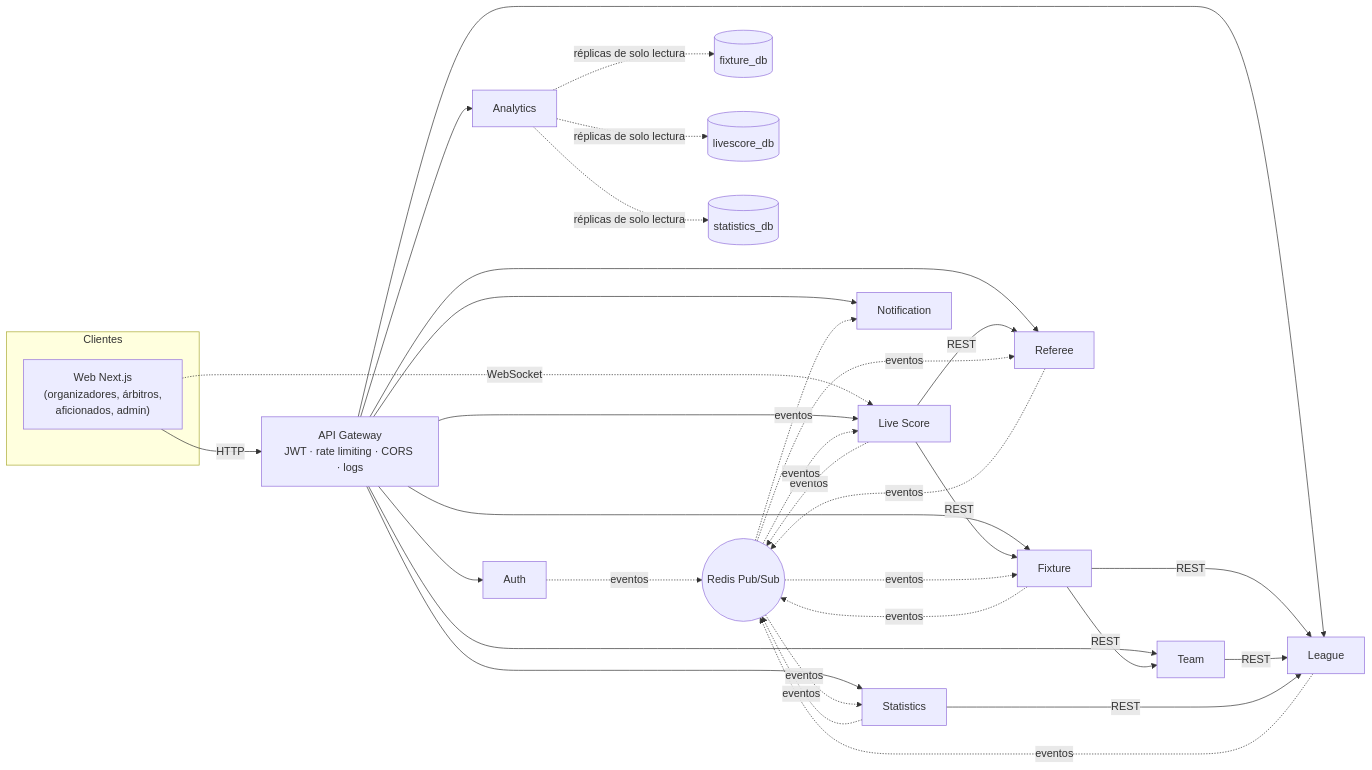
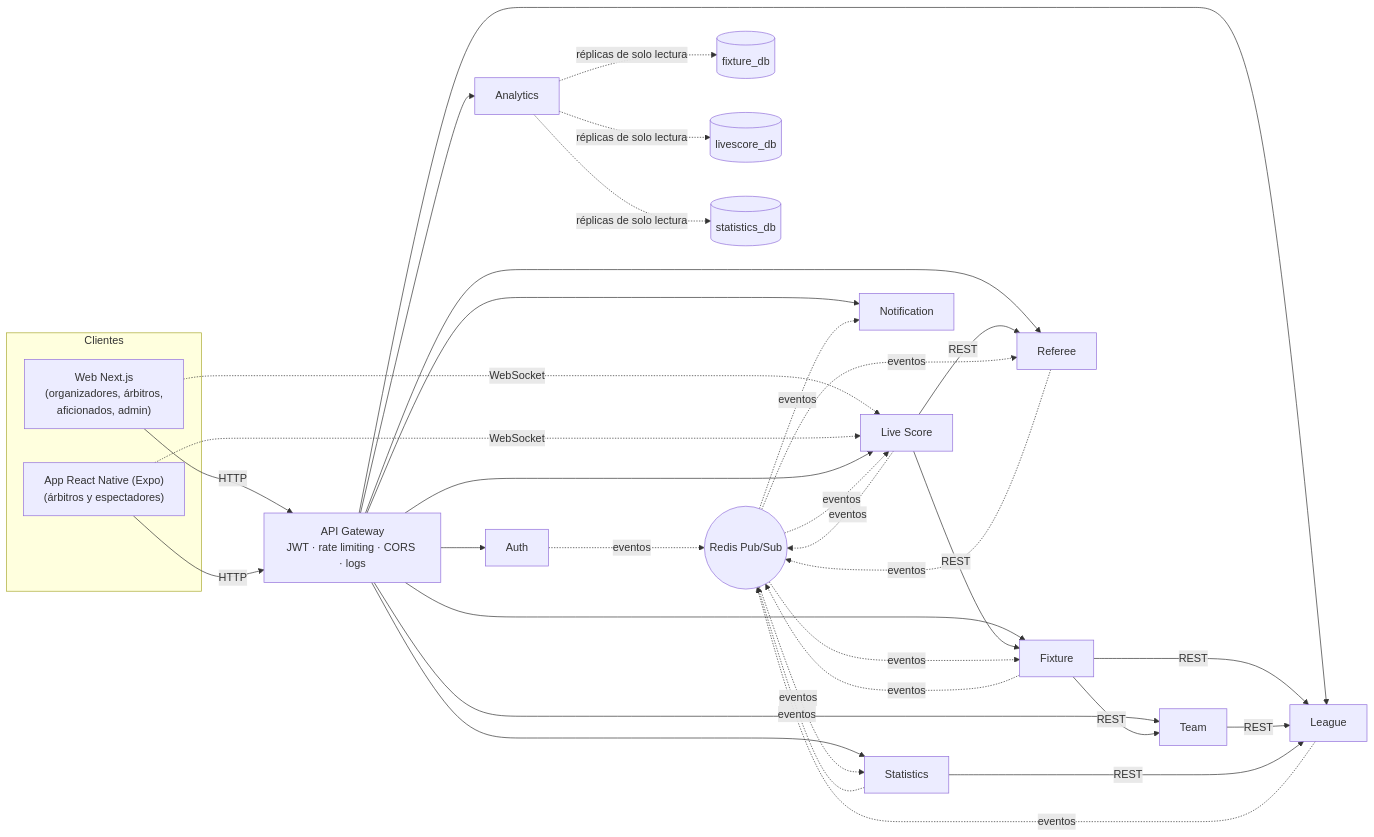
Before and after one commit to javierlydiaz21-bit/sportsleague: the first of 2 diagrams in README.md, drawn with Mermaid. The commit also changed other lines of this file and 1 other file, not shown here.

First line of the commit message:
README y CLAUDE.md: documento de arquitectura, correo, app móvil y repos

````diff
--- a/README.md
+++ b/README.md
@@ -115,31 +131,34 @@
 ```mermaid
 flowchart LR
   subgraph Clientes
     WEB["Web Next.js<br/>(organizadores, árbitros,<br/>aficionados, admin)"]
+    APP["App React Native (Expo)<br/>(árbitros y espectadores)"]
   end
   WEB -- HTTP --> GW["API Gateway<br/>JWT · rate limiting · CORS · logs"]
+  APP -- HTTP --> GW
   WEB -. WebSocket .-> LIVE
+  APP -. WebSocket .-> LIVE
 
   GW --> AUTH[Auth]
   GW --> LEAGUE[League]
   GW --> TEAM[Team]
   GW --> FIX[Fixture]
   GW --> REF[Referee]
   GW --> LIVE[Live Score]
   GW --> STATS[Statistics]
   GW --> NOTI[Notification]
   GW --> ANA[Analytics]
 
   FIX -- REST --> LEAGUE
   FIX -- REST --> TEAM
   TEAM -- REST --> LEAGUE
   STATS -- REST --> LEAGUE
   LIVE -- REST --> FIX
   LIVE -- REST --> REF
 
   BUS(("Redis Pub/Sub"))
   FIX & LIVE & LEAGUE & AUTH & REF & STATS -. eventos .-> BUS
   BUS -. eventos .-> REF & STATS & NOTI & FIX & LIVE
 
   ANA -. réplicas de solo lectura .-> DBF[(fixture_db)] & DBL[(livescore_db)] & DBS[(statistics_db)]
 ```
````
